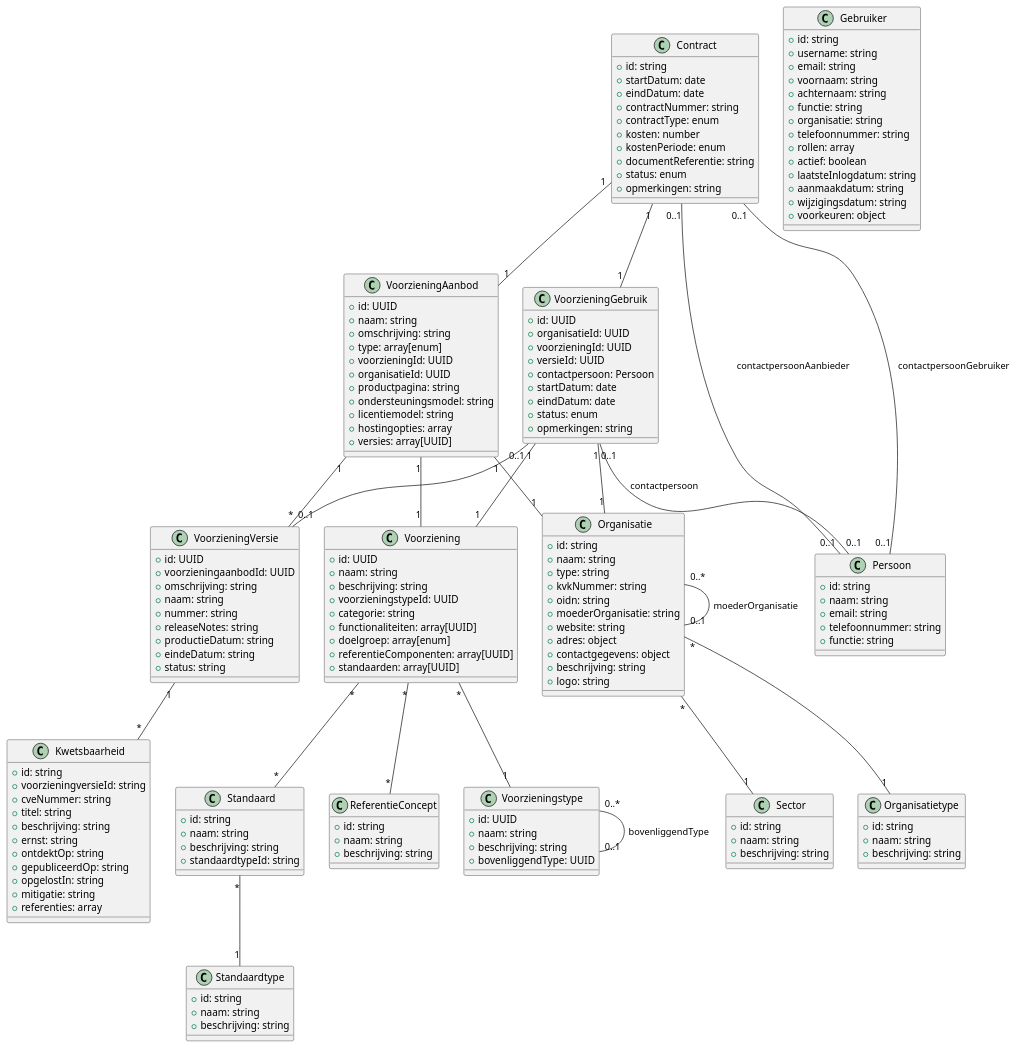
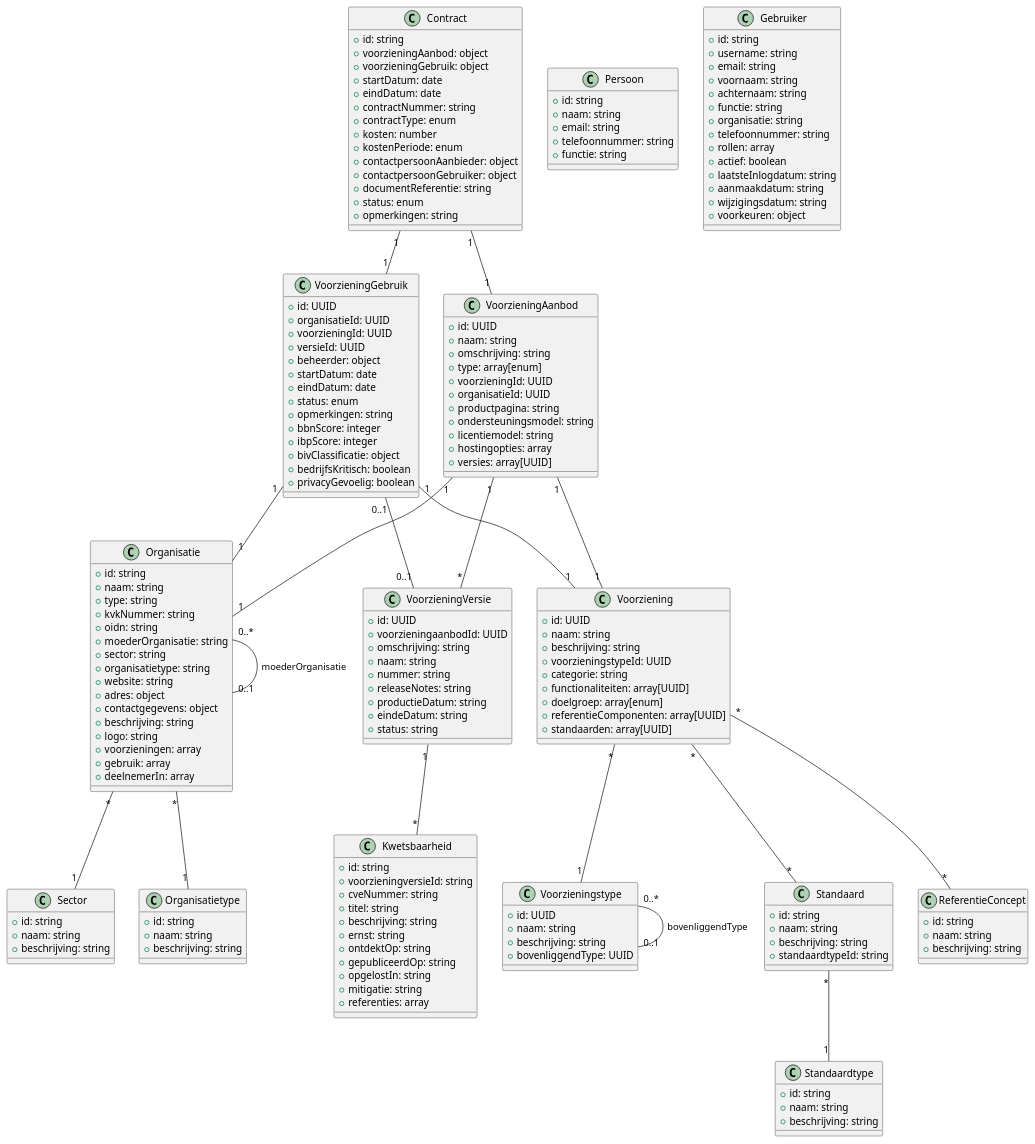
One commit to VNG-Realisatie/Softwarecatalogus changed the diagram in website/docs/Softwarecatalogus/diagram.puml. Above: the diagram before and after it, drawn with PlantUML.

Commit message:
Lets do a better puml

```diff
--- a/website/docs/Softwarecatalogus/diagram.puml
+++ b/website/docs/Softwarecatalogus/diagram.puml
@@ -1,180 +1,191 @@
 @startuml Softwarecatalogus
 
 ' Klassen definities
 class Contract {
   +id: string
+  +voorzieningAanbod: object
+  +voorzieningGebruik: object
   +startDatum: date
   +eindDatum: date
   +contractNummer: string
   +contractType: enum
   +kosten: number
   +kostenPeriode: enum
+  +contactpersoonAanbieder: object
+  +contactpersoonGebruiker: object
   +documentReferentie: string
   +status: enum
   +opmerkingen: string
 }
 
 class VoorzieningAanbod {
   +id: UUID
   +naam: string
   +omschrijving: string
   +type: array[enum]
   +voorzieningId: UUID
   +organisatieId: UUID
   +productpagina: string
   +ondersteuningsmodel: string
   +licentiemodel: string
   +hostingopties: array
   +versies: array[UUID]
 }
 
 class VoorzieningGebruik {
   +id: UUID
   +organisatieId: UUID
   +voorzieningId: UUID
   +versieId: UUID
-  +contactpersoon: Persoon
+  +beheerder: object
   +startDatum: date
   +eindDatum: date
   +status: enum
   +opmerkingen: string
+  +bbnScore: integer
+  +ibpScore: integer
+  +bivClassificatie: object
+  +bedrijfsKritisch: boolean
+  +privacyGevoelig: boolean
 }
 
 class Organisatie {
   +id: string
   +naam: string
   +type: string
   +kvkNummer: string
   +oidn: string
   +moederOrganisatie: string
+  +sector: string
+  +organisatietype: string
   +website: string
   +adres: object
   +contactgegevens: object
   +beschrijving: string
   +logo: string
+  +voorzieningen: array
+  +gebruik: array
+  +deelnemerIn: array
 }
 
 class Voorziening {
   +id: UUID
   +naam: string
   +beschrijving: string
   +voorzieningstypeId: UUID
   +categorie: string
   +functionaliteiten: array[UUID]
   +doelgroep: array[enum]
   +referentieComponenten: array[UUID]
   +standaarden: array[UUID]
 }
 
 class Persoon {
   +id: string
   +naam: string
   +email: string
   +telefoonnummer: string
   +functie: string
 }
 
 class Voorzieningstype {
   +id: UUID
   +naam: string
   +beschrijving: string
   +bovenliggendType: UUID
 }
 
 class VoorzieningVersie {
   +id: UUID
   +voorzieningaanbodId: UUID
   +omschrijving: string
   +naam: string
   +nummer: string
   +releaseNotes: string
   +productieDatum: string
   +eindeDatum: string
   +status: string
 }
 
 class Kwetsbaarheid {
   +id: string
   +voorzieningversieId: string
   +cveNummer: string
   +titel: string
   +beschrijving: string
   +ernst: string
   +ontdektOp: string
   +gepubliceerdOp: string
   +opgelostIn: string
   +mitigatie: string
   +referenties: array
 }
 
 class Gebruiker {
   +id: string
   +username: string
   +email: string
   +voornaam: string
   +achternaam: string
   +functie: string
   +organisatie: string
   +telefoonnummer: string
   +rollen: array
   +actief: boolean
   +laatsteInlogdatum: string
   +aanmaakdatum: string
   +wijzigingsdatum: string
   +voorkeuren: object
 }
 
 class Standaardtype {
   +id: string
   +naam: string
   +beschrijving: string
 }
 
 class Standaard {
   +id: string
   +naam: string
   +beschrijving: string
   +standaardtypeId: string
 }
 
 class Sector {
   +id: string
   +naam: string
   +beschrijving: string
 }
 
 class Organisatietype {
   +id: string
   +naam: string
   +beschrijving: string
 }
 
 class ReferentieConcept {
   +id: string
   +naam: string
   +beschrijving: string
 }
 
 ' Relaties
 Contract "1" -- "1" VoorzieningAanbod
 Contract "1" -- "1" VoorzieningGebruik
-Contract "0..1" -- "0..1" Persoon : contactpersoonAanbieder
-Contract "0..1" -- "0..1" Persoon : contactpersoonGebruiker
 VoorzieningGebruik "1" -- "1" Organisatie
 VoorzieningGebruik "1" -- "1" Voorziening
 VoorzieningGebruik "0..1" -- "0..1" VoorzieningVersie
-VoorzieningGebruik "0..1" -- "0..1" Persoon : contactpersoon
 VoorzieningAanbod "1" -- "1" Voorziening
 VoorzieningAanbod "1" -- "1" Organisatie
 VoorzieningAanbod "1" -- "*" VoorzieningVersie
 Voorziening "*" -- "1" Voorzieningstype
 Voorziening "*" -- "*" Standaard
 Voorziening "*" -- "*" ReferentieConcept
 Voorzieningstype "0..*" -- "0..1" Voorzieningstype : bovenliggendType
 VoorzieningVersie "1" -- "*" Kwetsbaarheid
 Organisatie "0..*" -- "0..1" Organisatie : moederOrganisatie
 Organisatie "*" -- "1" Sector
 Organisatie "*" -- "1" Organisatietype
 Standaard "*" -- "1" Standaardtype
 
 @enduml 
```
